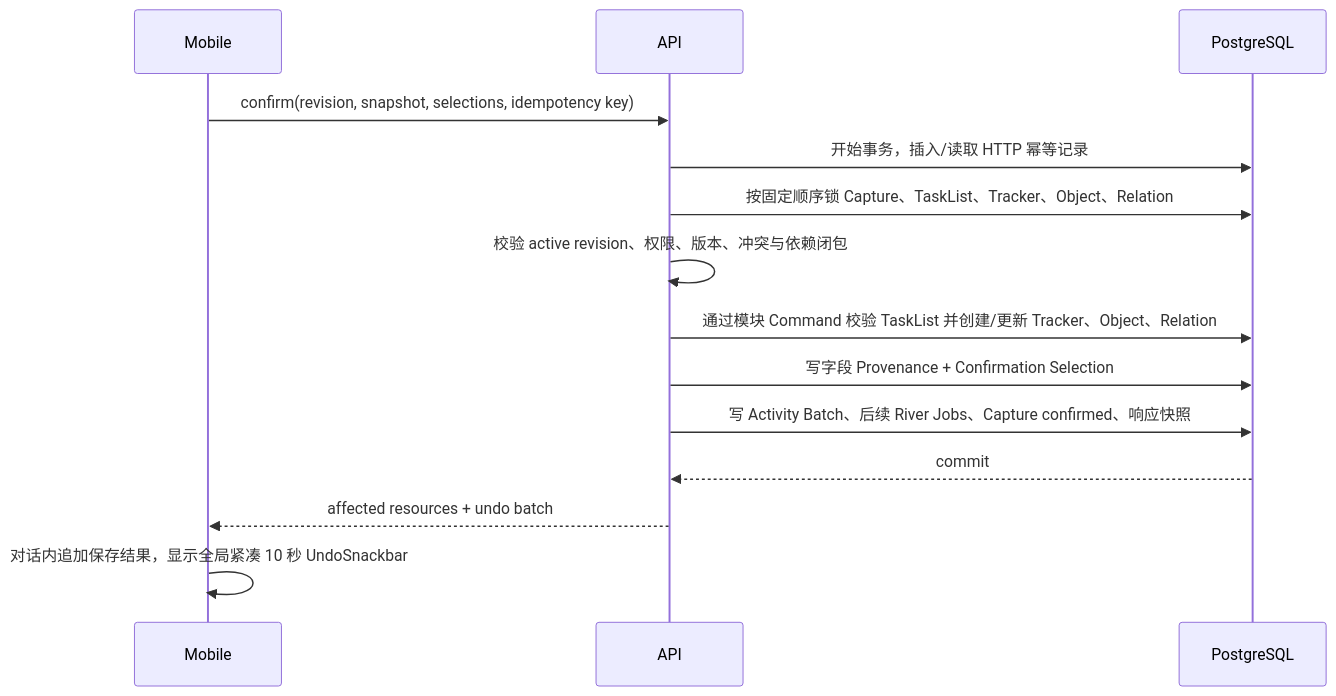
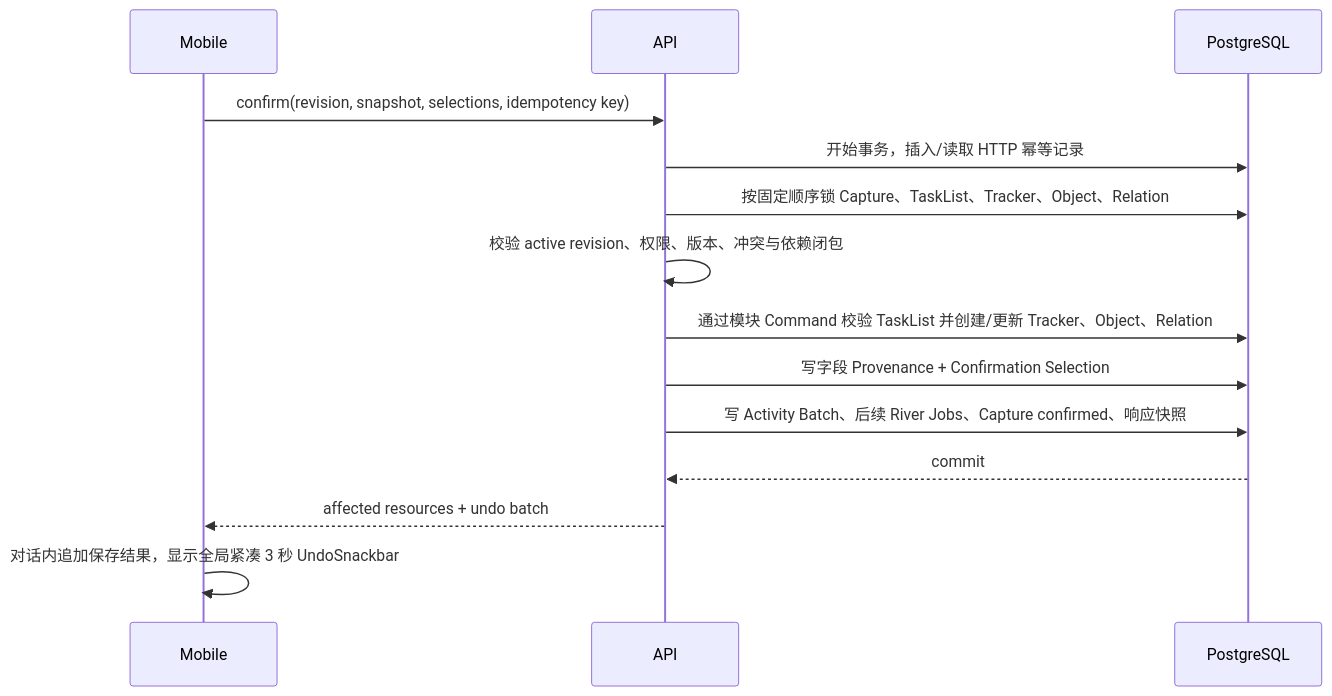
Before and after one commit to xiaoguo123456/steward: the seventh of 7 diagrams in docs/整体架构设计.md, drawn with Mermaid. The commit also changed other lines of this file and 4 other files, not shown here.

````diff
--- a/docs/整体架构设计.md
+++ b/docs/整体架构设计.md
@@ -2260,17 +2260,17 @@
 ```mermaid
 sequenceDiagram
     participant M as Mobile
     participant A as API
     participant D as PostgreSQL
 
     M->>A: confirm(revision, snapshot, selections, idempotency key)
     A->>D: 开始事务，插入/读取 HTTP 幂等记录
     A->>D: 按固定顺序锁 Capture、TaskList、Tracker、Object、Relation
     A->>A: 校验 active revision、权限、版本、冲突与依赖闭包
     A->>D: 通过模块 Command 校验 TaskList 并创建/更新 Tracker、Object、Relation
     A->>D: 写字段 Provenance + Confirmation Selection
     A->>D: 写 Activity Batch、后续 River Jobs、Capture confirmed、响应快照
     D-->>A: commit
     A-->>M: affected resources + undo batch
-    M->>M: 对话内追加保存结果，显示全局紧凑 10 秒 UndoSnackbar
+    M->>M: 对话内追加保存结果，显示全局紧凑 3 秒 UndoSnackbar
 ```
````
